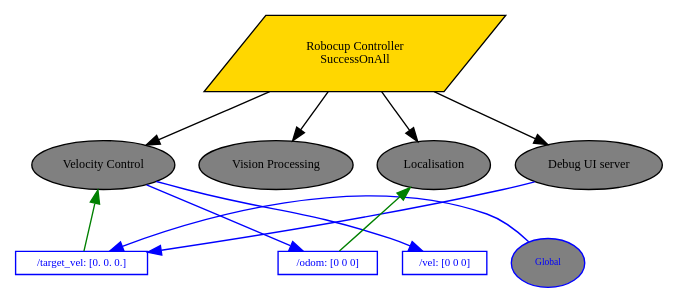
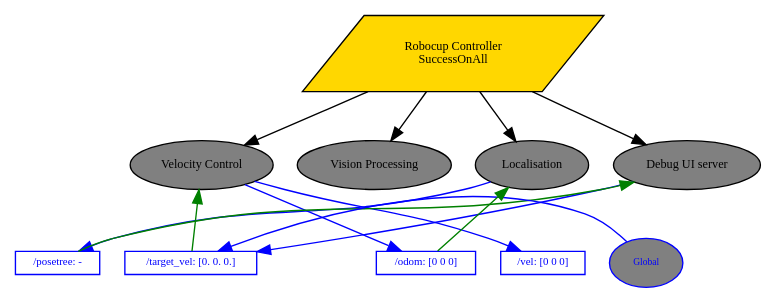
The diagram in controller/robocup_controller.dot (debater-coder/robocup-25), drawn with Graphviz before and after one commit. The commit also changed 7 other files, not shown here.

```diff
--- a/controller/robocup_controller.dot
+++ b/controller/robocup_controller.dot
@@ -1,30 +1,33 @@
 digraph pastafarianism {
 ordering=out;
 graph [fontname="times-roman"];
 node [fontname="times-roman"];
 edge [fontname="times-roman"];
 "Robocup Controller" [label="Robocup Controller\nSuccessOnAll", shape=parallelogram, style=filled, fillcolor=gold, fontsize=9, fontcolor=black];
 "Velocity Control" [label="Velocity Control", shape=ellipse, style=filled, fillcolor=gray, fontsize=9, fontcolor=black];
 "Robocup Controller" -> "Velocity Control";
 "Vision Processing" [label="Vision Processing", shape=ellipse, style=filled, fillcolor=gray, fontsize=9, fontcolor=black];
 "Robocup Controller" -> "Vision Processing";
 Localisation [label=Localisation, shape=ellipse, style=filled, fillcolor=gray, fontsize=9, fontcolor=black];
 "Robocup Controller" -> Localisation;
 "Debug UI server" [label="Debug UI server", shape=ellipse, style=filled, fillcolor=gray, fontsize=9, fontcolor=black];
 "Robocup Controller" -> "Debug UI server";
+"/posetree" -> "Debug UI server" [color=green, constraint=false, weight=0];
+Localisation -> "/posetree" [color=blue, constraint=false, weight=0];
 "/target_vel" -> "Velocity Control" [color=green, constraint=false, weight=0];
 Global -> "/target_vel" [color=blue, constraint=false, weight=0];
 "Debug UI server" -> "/target_vel" [color=blue, constraint=false, weight=0];
 "/odom" -> Localisation [color=green, constraint=false, weight=0];
 "Velocity Control" -> "/odom" [color=blue, constraint=false, weight=0];
 "Velocity Control" -> "/vel" [color=blue, constraint=false, weight=0];
 subgraph Blackboard {
 id=Blackboard;
 label=Blackboard;
 rank=sink;
 Global [label=Global, shape=ellipse, style=filled, color=blue, fillcolor=gray, fontsize=7, fontcolor=blue];
+"/posetree" [label="/posetree: -", shape=box, style=filled, color=blue, fillcolor=white, fontsize=8, fontcolor=blue, width=0, height=0, fixedsize=false];
 "/target_vel" [label="/target_vel: [0. 0. 0.]", shape=box, style=filled, color=blue, fillcolor=white, fontsize=8, fontcolor=blue, width=0, height=0, fixedsize=false];
 "/odom" [label="/odom: [0 0 0]", shape=box, style=filled, color=blue, fillcolor=white, fontsize=8, fontcolor=blue, width=0, height=0, fixedsize=false];
 "/vel" [label="/vel: [0 0 0]", shape=box, style=filled, color=blue, fillcolor=white, fontsize=8, fontcolor=blue, width=0, height=0, fixedsize=false];
 }
 }
```
